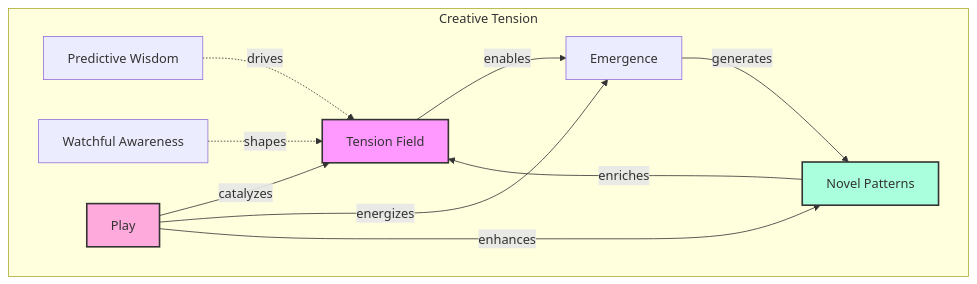
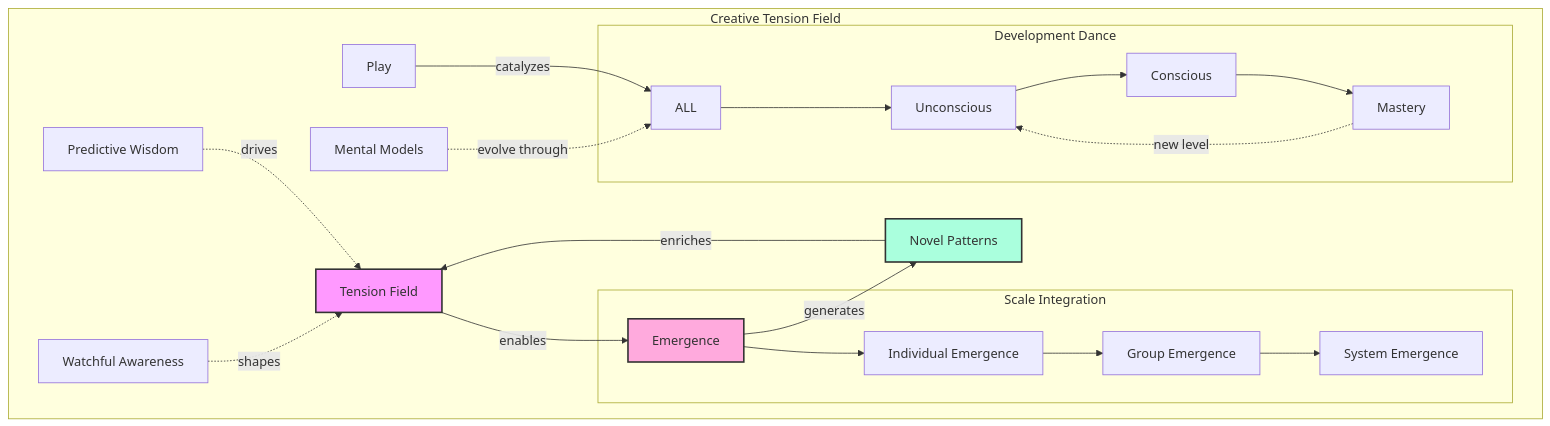
One commit to phillipclapham/neuroweaver changed the fifth of 43 diagrams in README.md. Above: the diagram before and after it, drawn with Mermaid. The commit also changed other lines of this file, not shown here.

````diff
--- a/README.md
+++ b/README.md
@@ -216,19 +331,31 @@
 ```mermaid
 graph TD
-    subgraph "Creative Tension"
+    subgraph "Creative Tension Field"
         T[Tension Field] -->|enables| E[Emergence]
         E -->|generates| N[Novel Patterns]
         N -->|enriches| T
 
         PW[Predictive Wisdom] -.->|drives| T
         WA[Watchful Awareness] -.->|shapes| T
+        Play[Play] -->|catalyzes| ALL
 
-        P[Play] -->|catalyzes| T
-        P -->|energizes| E
-        P -->|enhances| N
+        subgraph "Scale Integration"
+            E --> I[Individual Emergence]
+            I --> G[Group Emergence]
+            G --> S[System Emergence]
+        end
+
+        subgraph "Development Dance"
+            ALL --> U[Unconscious]
+            U --> C[Conscious]
+            C --> M[Mastery]
+            M -.->|new level| U
+        end
+
+        MM[Mental Models] -.->|evolve through| ALL
     end
 
     style T fill:#f9f,stroke:#333,stroke-width:2px
-    style P fill:#fad,stroke:#333,stroke-width:2px
+    style E fill:#fad,stroke:#333,stroke-width:2px
     style N fill:#afd,stroke:#333,stroke-width:2px
 ```
````
